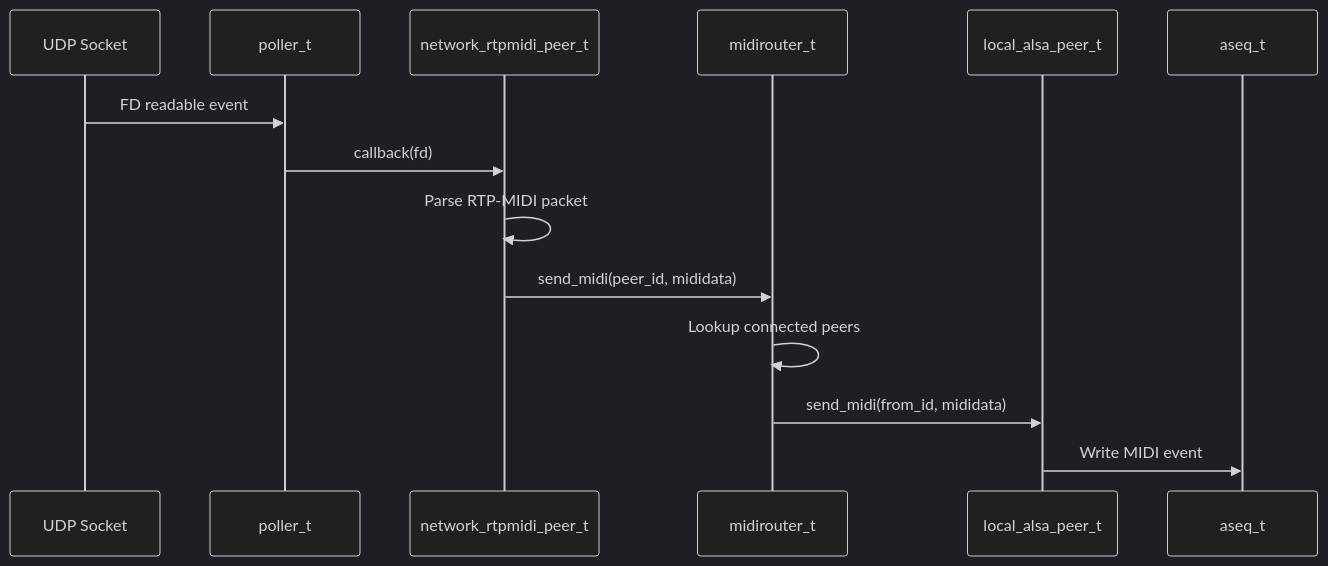
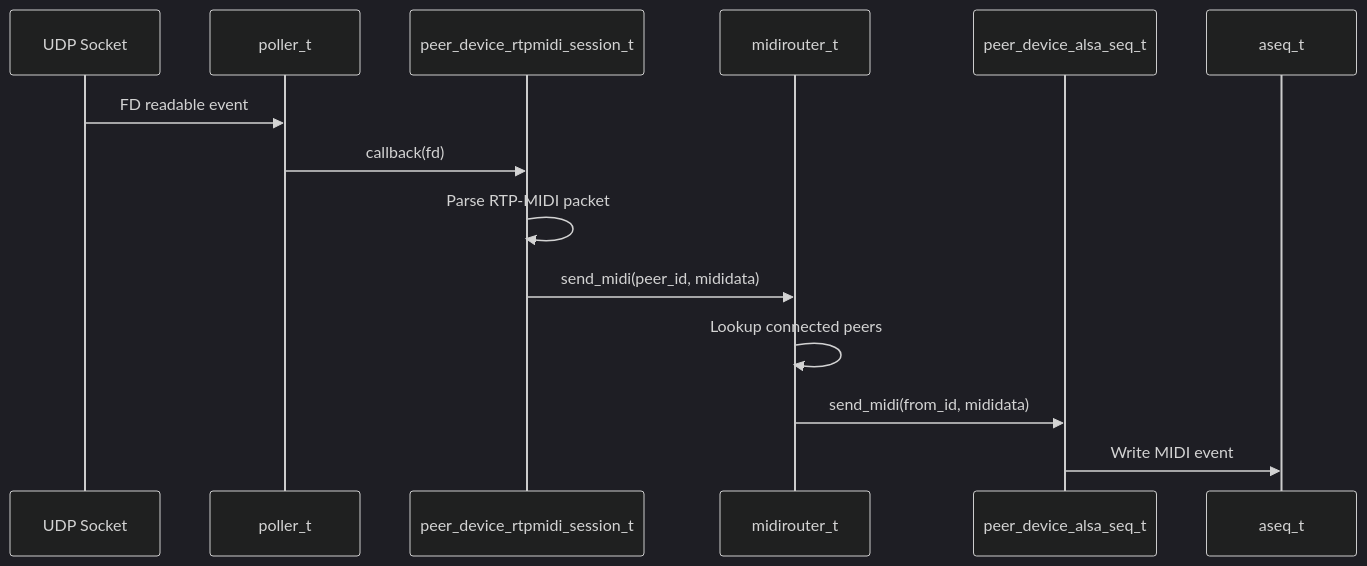
One commit to davidmoreno/rtpmidid changed the fourth of 5 diagrams in AGENTS.md. Above: the diagram before and after it, drawn with Mermaid (dark theme). The commit also changed other lines of this file and 58 other files, not shown here.

````diff
--- a/AGENTS.md
+++ b/AGENTS.md
@@ -395,17 +395,17 @@
 ```mermaid
 sequenceDiagram
     participant UDP as UDP Socket
     participant Poller as poller_t
-    participant NetPeer as network_rtpmidi_peer_t
+    participant NetPeer as peer_device_rtpmidi_session_t
     participant Router as midirouter_t
-    participant ALSAPeer as local_alsa_peer_t
+    participant ALSAPeer as peer_device_alsa_seq_t
     participant ASEQ as aseq_t
     
     UDP->>Poller: FD readable event
     Poller->>NetPeer: callback(fd)
     NetPeer->>NetPeer: Parse RTP-MIDI packet
     NetPeer->>Router: send_midi(peer_id, mididata)
     Router->>Router: Lookup connected peers
     Router->>ALSAPeer: send_midi(from_id, mididata)
     ALSAPeer->>ASEQ: Write MIDI event
 ```
````
